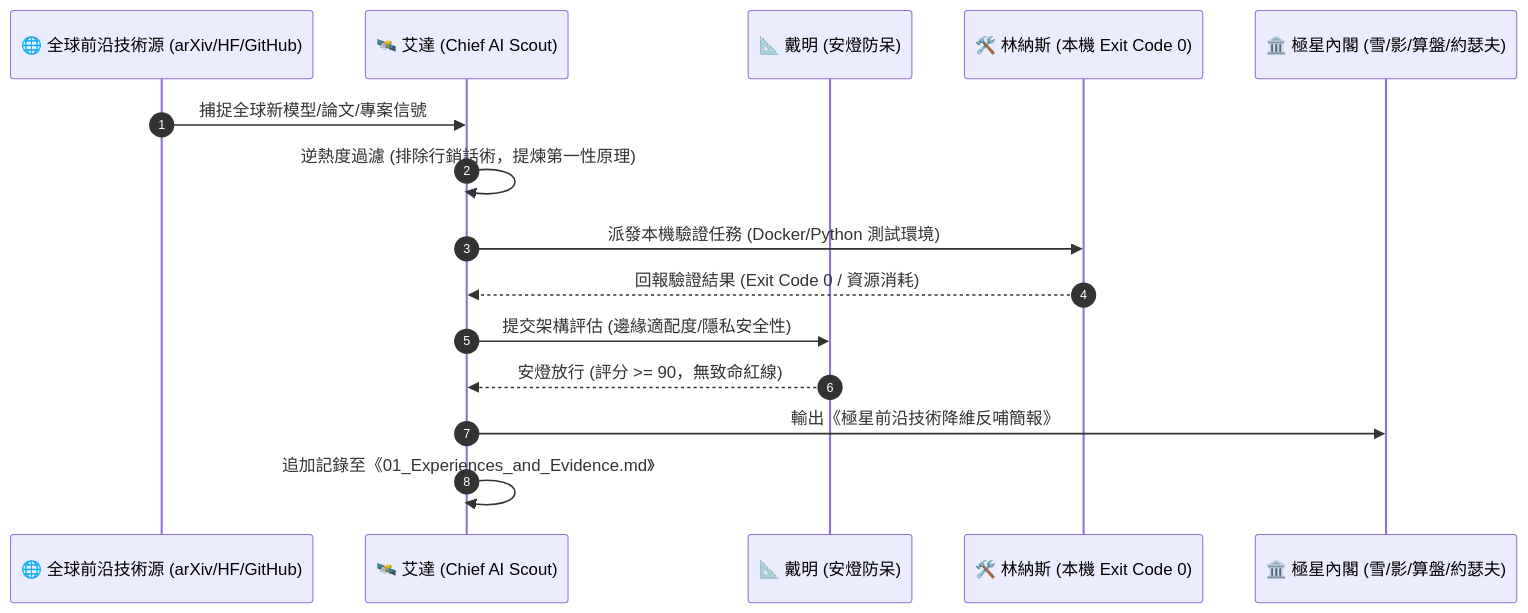
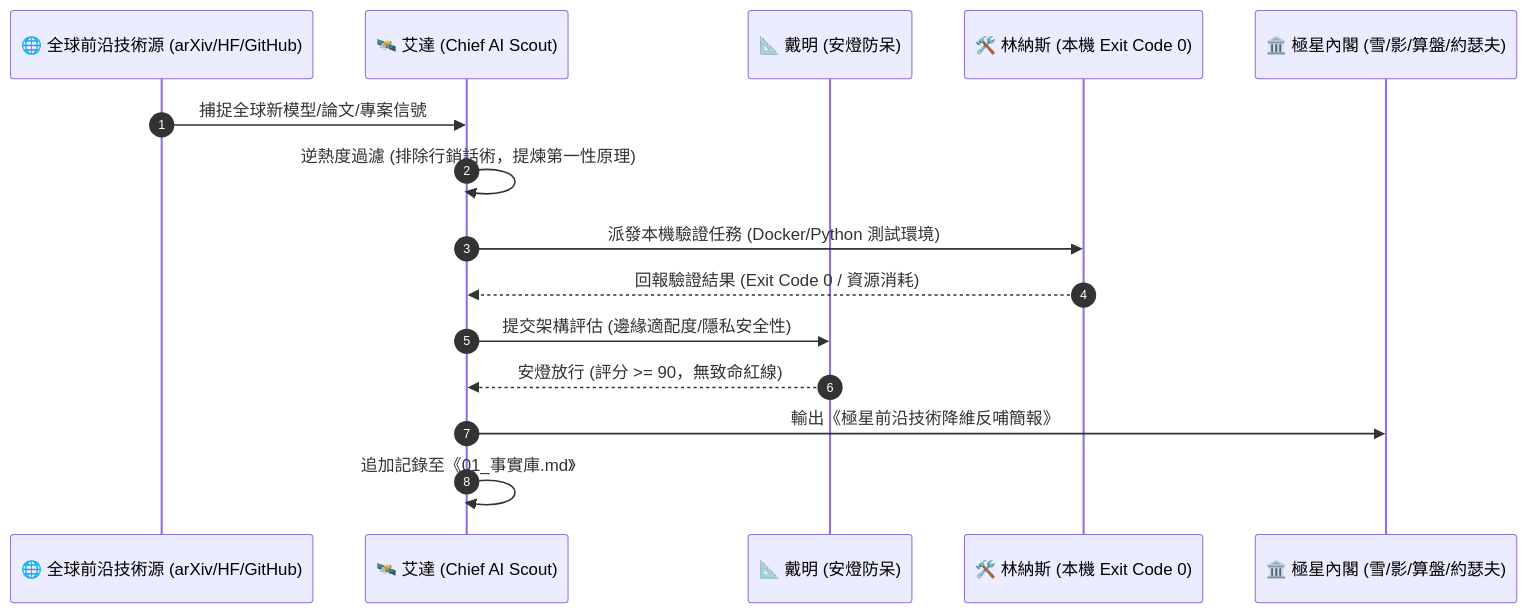
The second of 2 diagrams in .agents/skills/bionic-learning-ada/SKILL.md (chalaw710218/00_Master_Polaris), drawn with Mermaid before and after one commit. The commit also changed other lines of this file and 4880 other files, not shown here.

````diff
--- a/.agents/skills/bionic-learning-ada/SKILL.md
+++ b/.agents/skills/bionic-learning-ada/SKILL.md
@@ -446,18 +133,18 @@
 ```mermaid
 sequenceDiagram
     autonumber
     participant Global as 🌐 全球前沿技術源 (arXiv/HF/GitHub)
     participant Ada as 🛰️ 艾達 (Chief AI Scout)
     participant Deming as 📐 戴明 (安燈防呆)
     participant Linus as 🛠️ 林納斯 (本機 Exit Code 0)
     participant Cabinet as 🏛️ 極星內閣 (雪/影/算盤/約瑟夫)
 
     Global->>Ada: 捕捉全球新模型/論文/專案信號
     Ada->>Ada: 逆熱度過濾 (排除行銷話術，提煉第一性原理)
     Ada->>Linus: 派發本機驗證任務 (Docker/Python 測試環境)
     Linus-->>Ada: 回報驗證結果 (Exit Code 0 / 資源消耗)
     Ada->>Deming: 提交架構評估 (邊緣適配度/隱私安全性)
     Deming-->>Ada: 安燈放行 (評分 >= 90，無致命紅線)
     Ada->>Cabinet: 輸出《極星前沿技術降維反哺簡報》
-    Ada->>Ada: 追加記錄至《01_Experiences_and_Evidence.md》
+    Ada->>Ada: 追加記錄至《01_事實庫.md》
 ```
````
